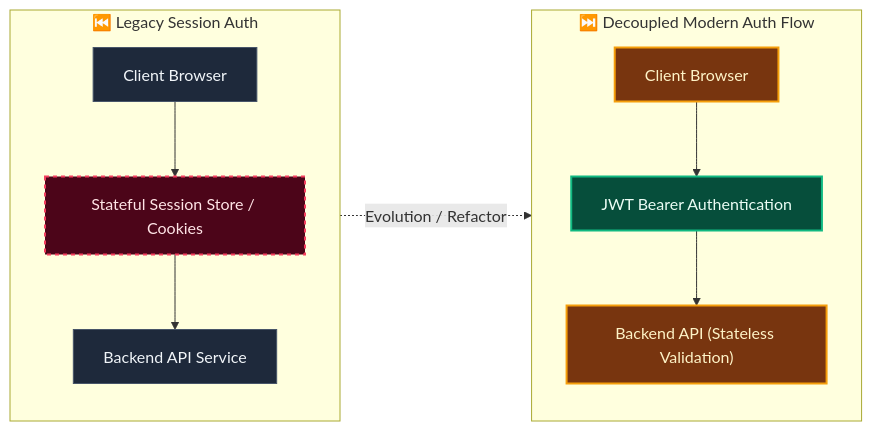
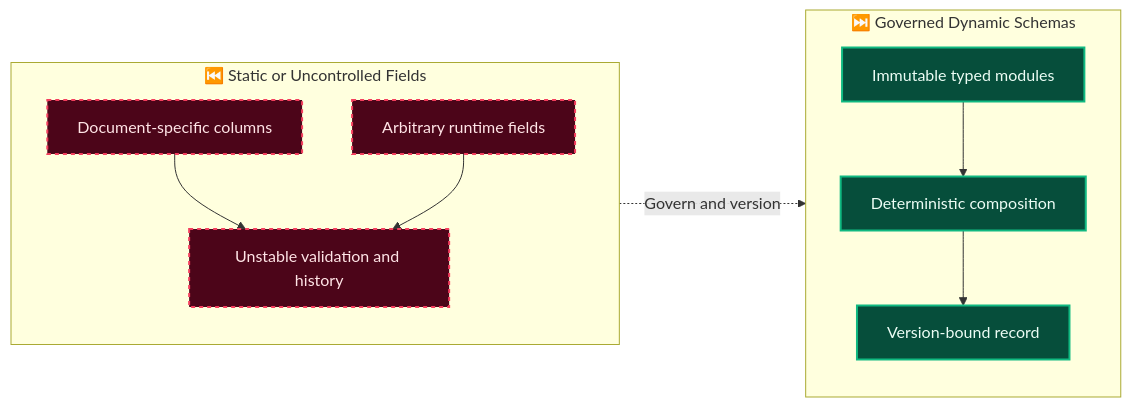
Before and after one commit to asadayoub/Evidentia: the second of 2 diagrams in .skyhook/decisions/records/VPCJJY62YNW6VXJ80S7BRK9447.md, drawn with Mermaid. The commit also changed other lines of this file and 5 other files, not shown here.

Commit message:
chore(skyhook): reconcile runtime and schema governance

````diff
--- a/.skyhook/decisions/records/VPCJJY62YNW6VXJ80S7BRK9447.md
+++ b/.skyhook/decisions/records/VPCJJY62YNW6VXJ80S7BRK9447.md
@@ -57,36 +51,32 @@
 ```mermaid
 flowchart LR
     %% Architectural Mutation Visual Diff: Before vs After
 
-    subgraph SubgraphBefore["⏮️ Legacy Session Auth"]
+    subgraph SubgraphBefore["⏮️ Static or Uncontrolled Fields"]
         direction TB
-        b_comp_client["Client Browser"]
-        b_comp_old_auth["Stateful Session Store / Cookies"]
-        b_comp_client --> b_comp_old_auth
-        b_comp_api["Backend API Service"]
-        b_comp_old_auth --> b_comp_api
+        b_comp_fixed["Document-specific columns"]
+        b_comp_runtime["Arbitrary runtime fields"]
+        b_comp_unstable["Unstable validation and history"]
+        b_comp_fixed --> b_comp_unstable
+        b_comp_runtime --> b_comp_unstable
     end
 
-    subgraph SubgraphAfter["⏭️ Decoupled Modern Auth Flow"]
+    subgraph SubgraphAfter["⏭️ Governed Dynamic Schemas"]
         direction TB
-        a_comp_client["Client Browser"]
-        a_comp_new_auth["JWT Bearer Authentication"]
-        a_comp_client --> a_comp_new_auth
-        a_comp_api["Backend API (Stateless Validation)"]
-        a_comp_new_auth --> a_comp_api
+        a_comp_modules["Immutable typed modules"]
+        a_comp_resolver["Deterministic composition"]
+        a_comp_record["Version-bound record"]
+        a_comp_modules --> a_comp_resolver
+        a_comp_resolver --> a_comp_record
     end
 
-    b_comp_client -.->|"Evolution / Refactor"| a_comp_client
+    b_comp_unstable -.->|"Govern and version"| a_comp_modules
 
     %% Visual Diff Color Palettes
     classDef diffRemoved fill:#4c0519,stroke:#f43f5e,stroke-width:2px,color:#ffe4e6,stroke-dasharray: 4 4;
     classDef diffAdded fill:#064e3b,stroke:#10b981,stroke-width:2px,color:#ecfdf5;
     classDef diffModified fill:#78350f,stroke:#f59e0b,stroke-width:2px,color:#fef3c7;
     classDef diffUnchanged fill:#1e293b,stroke:#475569,stroke-width:1px,color:#f1f5f9;
-    class b_comp_client diffUnchanged;
-    class b_comp_old_auth diffRemoved;
-    class b_comp_api diffUnchanged;
-    class a_comp_client diffModified;
-    class a_comp_new_auth diffAdded;
-    class a_comp_api diffModified;
+    class b_comp_fixed,b_comp_runtime,b_comp_unstable diffRemoved;
+    class a_comp_modules,a_comp_resolver,a_comp_record diffAdded;
 ```
````
